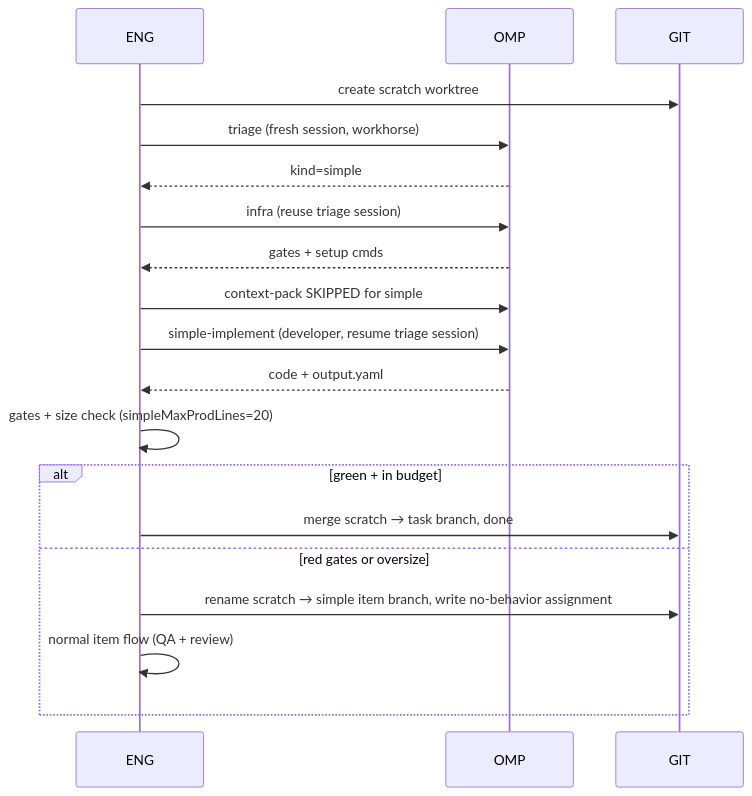
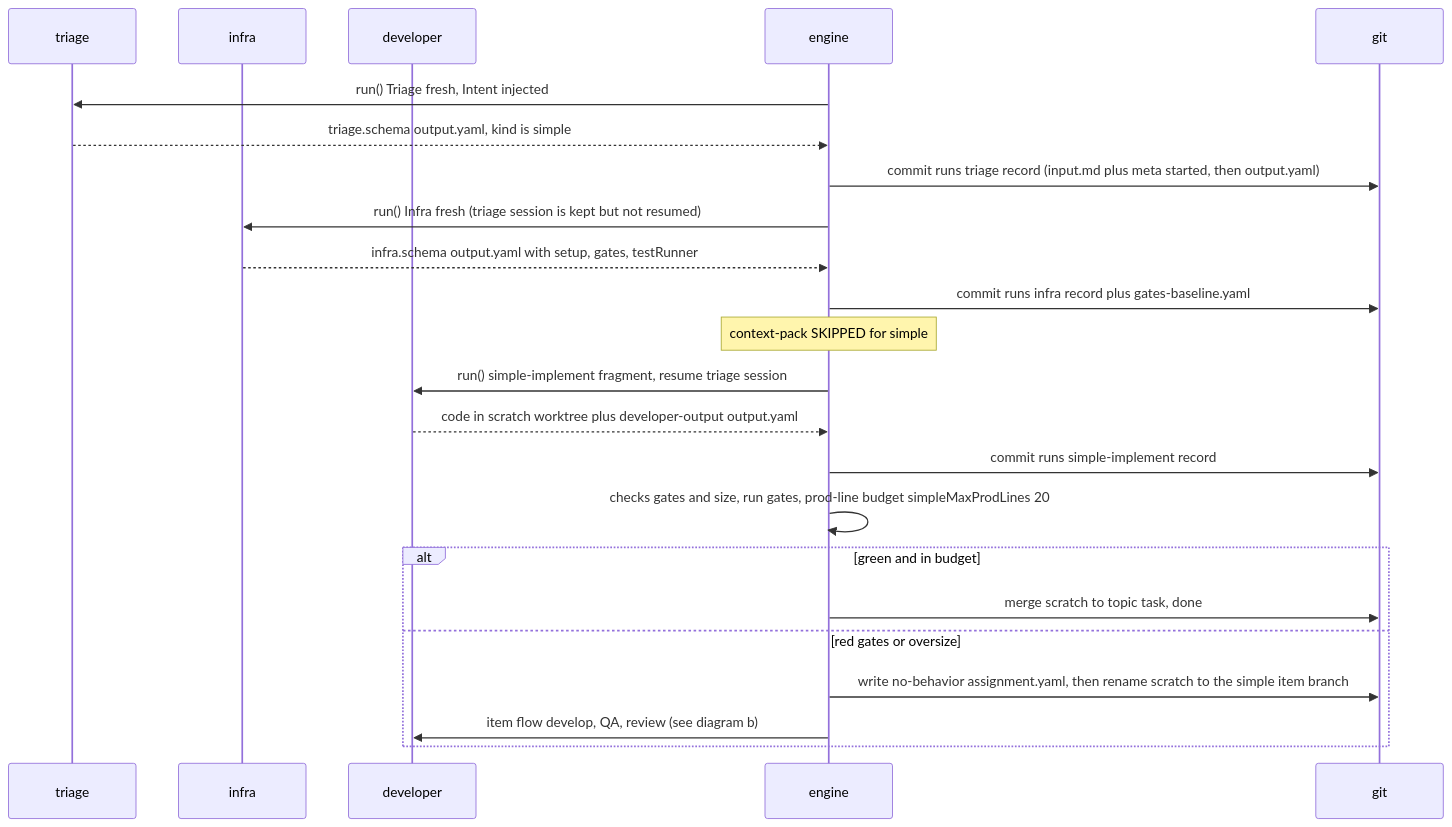
The first of 5 diagrams in plugins/software-factory/docs/IMPLEMENTATION.md (szavadsky/agentic-swarm), drawn with Mermaid before and after one commit. The commit also changed other lines of this file, not shown here.

Commit message:
software-factory: as-built IMPLEMENTATION.md (diagrams + LLM audit)

````diff
--- a/plugins/software-factory/docs/IMPLEMENTATION.md
+++ b/plugins/software-factory/docs/IMPLEMENTATION.md
@@ -48,21 +54,25 @@
 ```mermaid
 sequenceDiagram
-    participant ENG
-    participant OMP
-    participant GIT
-    ENG->>GIT: create scratch worktree
-    ENG->>OMP: triage (fresh session, workhorse)
-    OMP-->>ENG: kind=simple
-    ENG->>OMP: infra (reuse triage session)
-    OMP-->>ENG: gates + setup cmds
-    ENG->>OMP: context-pack SKIPPED for simple
-    ENG->>OMP: simple-implement (developer, resume triage session)
-    OMP-->>ENG: code + output.yaml
-    ENG->>ENG: gates + size check (simpleMaxProdLines=20)
-    alt green + in budget
-        ENG->>GIT: merge scratch → task branch, done
+    participant TRI as triage
+    participant INF as infra
+    participant DEV as developer
+    participant ENG as engine
+    participant GIT as git
+    ENG->>TRI: run() Triage fresh, Intent injected
+    TRI-->>ENG: triage.schema output.yaml, kind is simple
+    ENG->>GIT: commit runs triage record (input.md plus meta started, then output.yaml)
+    ENG->>INF: run() Infra fresh (triage session is kept but not resumed)
+    INF-->>ENG: infra.schema output.yaml with setup, gates, testRunner
+    ENG->>GIT: commit runs infra record plus gates-baseline.yaml
+    Note over ENG: context-pack SKIPPED for simple
+    ENG->>DEV: run() simple-implement fragment, resume triage session
+    DEV-->>ENG: code in scratch worktree plus developer-output output.yaml
+    ENG->>GIT: commit runs simple-implement record
+    ENG->>ENG: checks gates and size, run gates, prod-line budget simpleMaxProdLines 20
+    alt green and in budget
+        ENG->>GIT: merge scratch to topic task, done
     else red gates or oversize
-        ENG->>GIT: rename scratch → simple item branch, write no-behavior assignment
-        ENG->>ENG: normal item flow (QA + review)
+        ENG->>GIT: write no-behavior assignment.yaml, then rename scratch to the simple item branch
+        ENG->>DEV: item flow develop, QA, review (see diagram b)
     end
 ```
````
